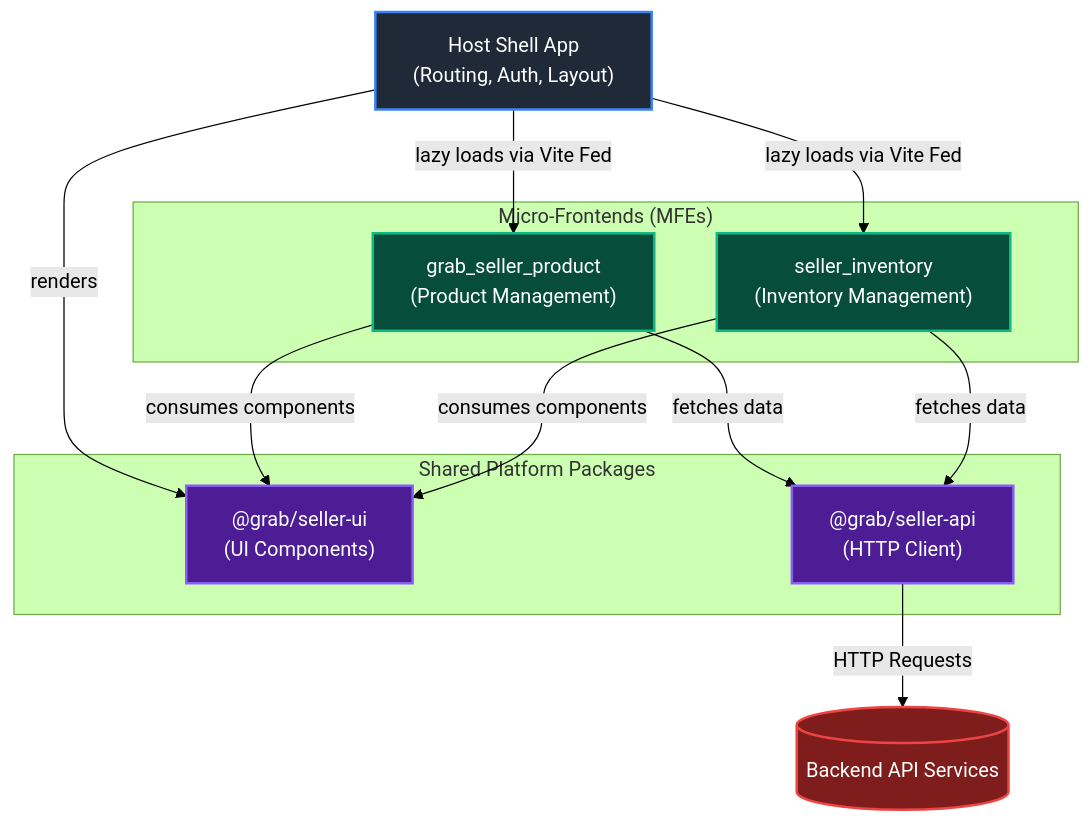
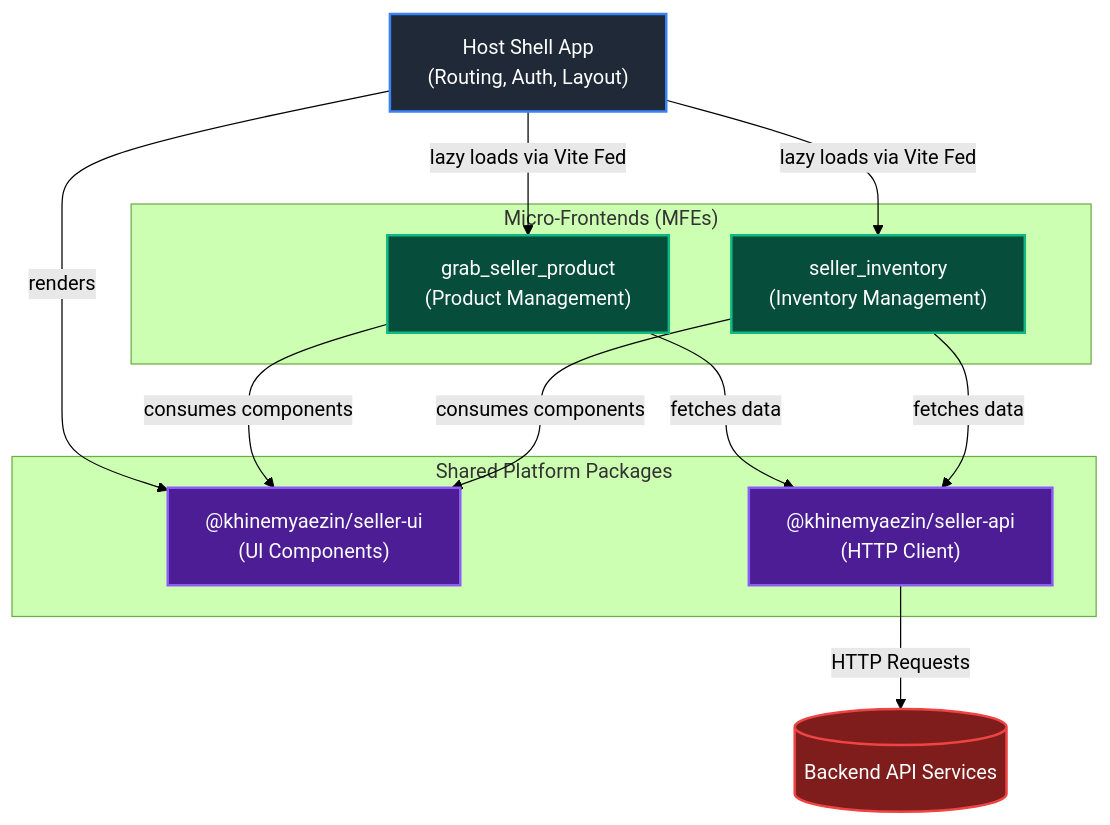
Before and after one commit to khinemyaezin/grab-seller: the diagram in README.md, drawn with Mermaid (forest theme). The commit also changed 18 other files, not shown here.

````diff
--- a/README.md
+++ b/README.md
@@ -32,36 +32,36 @@
 ```mermaid
 graph TD
     %% Define styles
     classDef shell fill:#1f2937,stroke:#3b82f6,stroke-width:2px,color:#fff
     classDef mfe fill:#064e3b,stroke:#10b981,stroke-width:2px,color:#fff
     classDef shared fill:#4c1d95,stroke:#8b5cf6,stroke-width:2px,color:#fff
     classDef backend fill:#7f1d1d,stroke:#ef4444,stroke-width:2px,color:#fff
 
     %% Nodes
     HostShell["Host Shell App\n(Routing, Auth, Layout)"]:::shell
     
     subgraph MFEs ["Micro-Frontends (MFEs)"]
         ProductMFE["grab_seller_product\n(Product Management)"]:::mfe
         InventoryMFE["seller_inventory\n(Inventory Management)"]:::mfe
     end
 
     subgraph SharedPackages ["Shared Platform Packages"]
-        UI["@grab/seller-ui\n(UI Components)"]:::shared
-        API["@grab/seller-api\n(HTTP Client)"]:::shared
+        UI["@khinemyaezin/seller-ui\n(UI Components)"]:::shared
+        API["@khinemyaezin/seller-api\n(HTTP Client)"]:::shared
     end
     
     BackendServer[("Backend API Services")]:::backend
 
     %% Relationships
     HostShell -- "lazy loads via Vite Fed" --> ProductMFE
     HostShell -- "lazy loads via Vite Fed" --> InventoryMFE
     
     HostShell -- "renders" --> UI
     ProductMFE -- "consumes components" --> UI
     InventoryMFE -- "consumes components" --> UI
     
     ProductMFE -- "fetches data" --> API
     InventoryMFE -- "fetches data" --> API
     
     API -- "HTTP Requests" --> BackendServer
 ```
````
